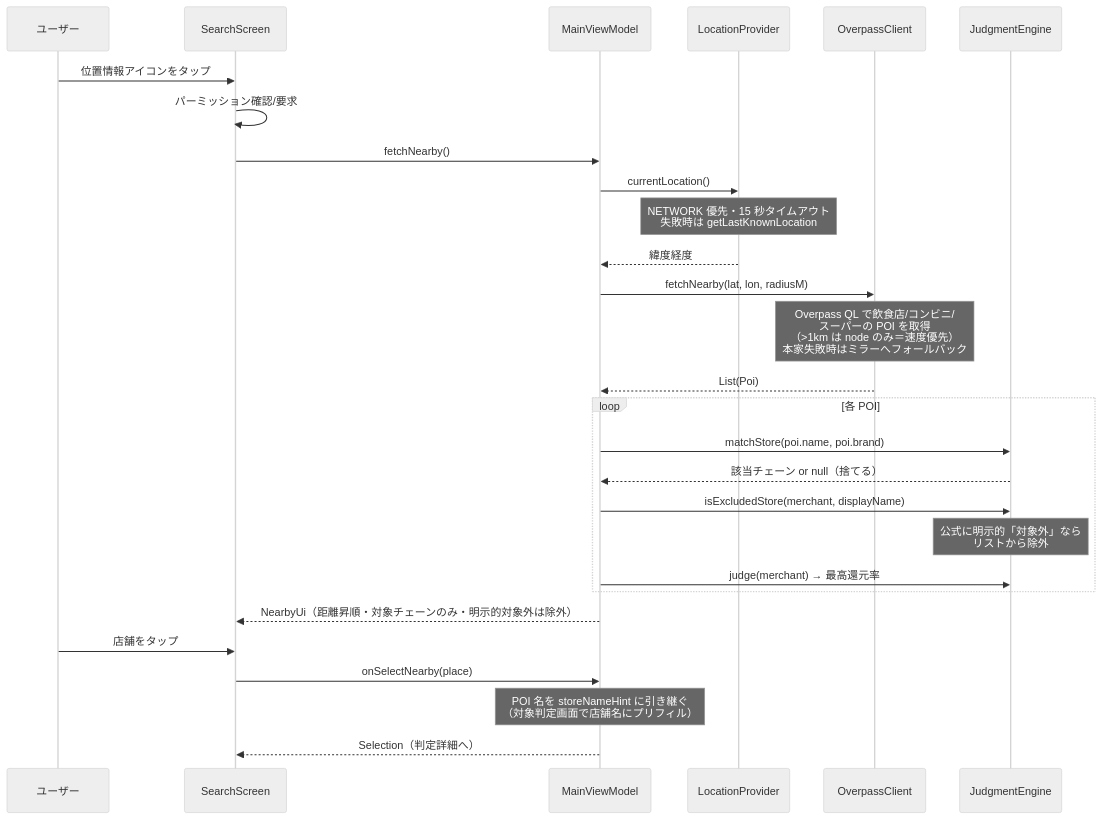
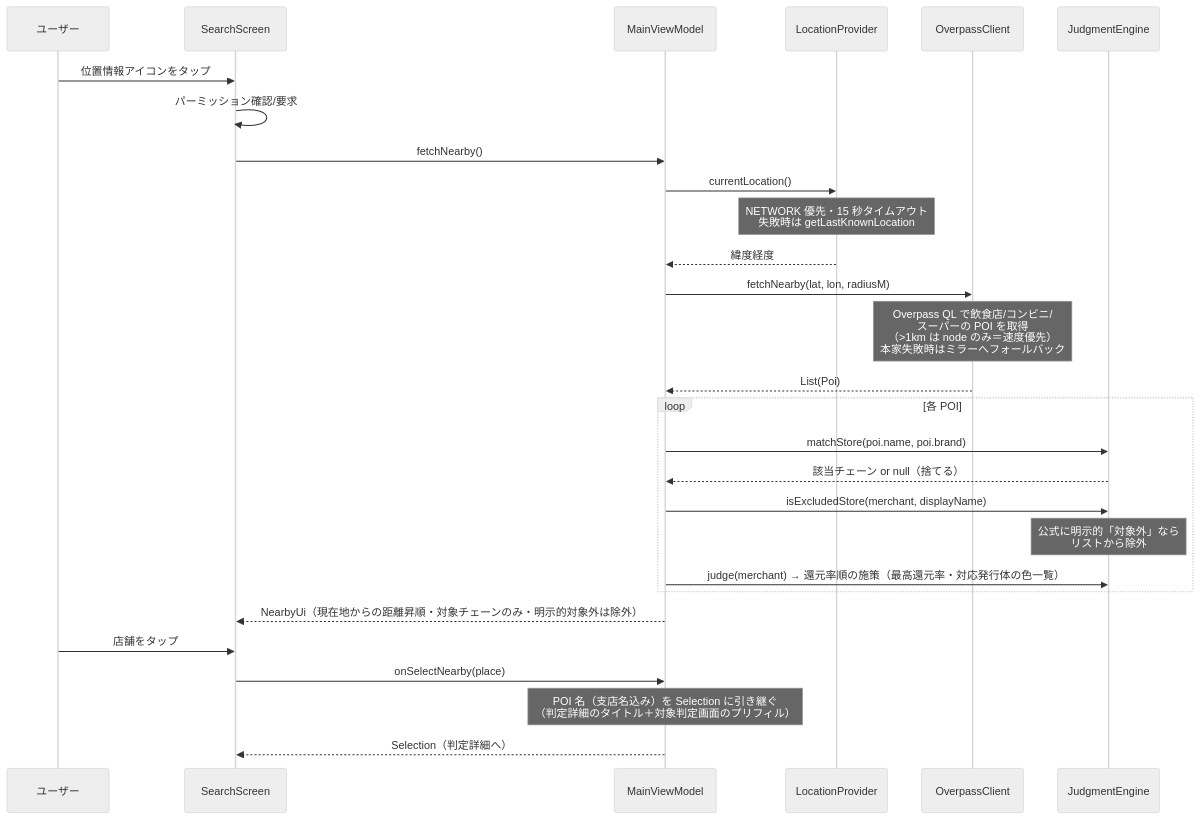
One commit to ktakjm/poikatsu changed the sixth of 6 diagrams in docs/code-guide.md. Above: the diagram before and after it, drawn with Mermaid (neutral theme). The commit also changed other lines of this file and 1 other file, not shown here.

Commit message:
docs: reflect issuer-colored pins, branch title, and current-location distance
Update code-guide.md (7.1 map layer, GPS data-flow) and roadmap.md (3.3).

````diff
--- a/docs/code-guide.md
+++ b/docs/code-guide.md
@@ -307,31 +307,31 @@
 ```mermaid
 sequenceDiagram
     participant U as ユーザー
     participant SC as SearchScreen
     participant VM as MainViewModel
     participant LP as LocationProvider
     participant OC as OverpassClient
     participant JE as JudgmentEngine
 
     U->>SC: 位置情報アイコンをタップ
     SC->>SC: パーミッション確認/要求
     SC->>VM: fetchNearby()
     VM->>LP: currentLocation()
     Note over LP: NETWORK 優先・15 秒タイムアウト<br/>失敗時は getLastKnownLocation
     LP-->>VM: 緯度経度
     VM->>OC: fetchNearby(lat, lon, radiusM)
     Note over OC: Overpass QL で飲食店/コンビニ/<br/>スーパーの POI を取得<br/>（>1km は node のみ＝速度優先）<br/>本家失敗時はミラーへフォールバック
     OC-->>VM: List(Poi)
     loop 各 POI
         VM->>JE: matchStore(poi.name, poi.brand)
         JE-->>VM: 該当チェーン or null（捨てる）
         VM->>JE: isExcludedStore(merchant, displayName)
         Note over JE: 公式に明示的「対象外」なら<br/>リストから除外
-        VM->>JE: judge(merchant) → 最高還元率
+        VM->>JE: judge(merchant) → 還元率順の施策（最高還元率・対応発行体の色一覧）
     end
-    VM-->>SC: NearbyUi（距離昇順・対象チェーンのみ・明示的対象外は除外）
+    VM-->>SC: NearbyUi（現在地からの距離昇順・対象チェーンのみ・明示的対象外は除外）
     U->>SC: 店舗をタップ
     SC->>VM: onSelectNearby(place)
-    Note over VM: POI 名を storeNameHint に引き継ぐ<br/>（対象判定画面で店舗名にプリフィル）
+    Note over VM: POI 名（支店名込み）を Selection に引き継ぐ<br/>（判定詳細のタイトル＋対象判定画面のプリフィル）
     VM-->>SC: Selection（判定詳細へ）
 ```
````
